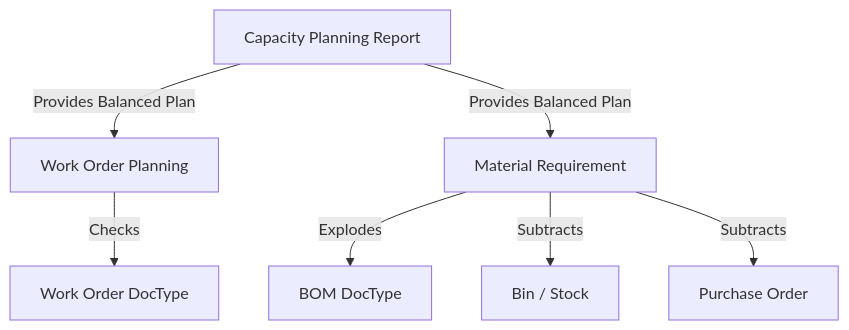
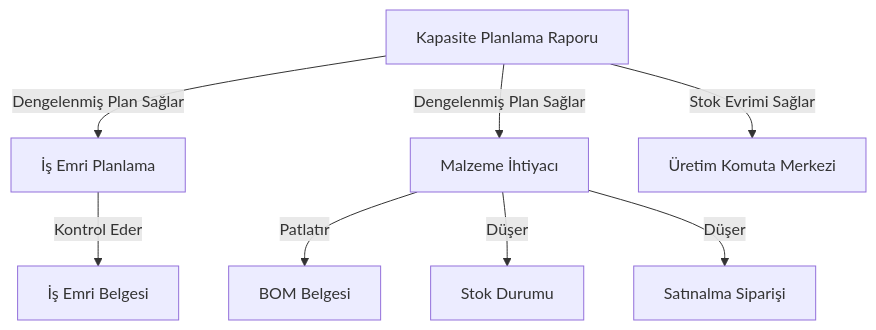
The diagram in erpnextkta/kta_mrp/memory-bank/systemPatterns.md (KTA-Endustri-Sistemleri/erpnextkta), drawn with Mermaid before and after one commit. The commit also changed other lines of this file and 5 other files, not shown here.

````diff
--- a/erpnextkta/kta_mrp/memory-bank/systemPatterns.md
+++ b/erpnextkta/kta_mrp/memory-bank/systemPatterns.md
@@ -18,9 +19,10 @@
 ```mermaid
 graph TD
-    CP[Capacity Planning Report] --> |Provides Balanced Plan| WO[Work Order Planning]
-    CP --> |Provides Balanced Plan| MR[Material Requirement]
-    WO --> |Checks| WOD[Work Order DocType]
-    MR --> |Explodes| BOM[BOM DocType]
-    MR --> |Subtracts| Bin[Bin / Stock]
-    MR --> |Subtracts| PO[Purchase Order]
+    CP[Kapasite Planlama Raporu] --> |Dengelenmiş Plan Sağlar| WO[İş Emri Planlama]
+    CP --> |Dengelenmiş Plan Sağlar| MR[Malzeme İhtiyacı]
+    CP --> |Stok Evrimi Sağlar| PCC[Üretim Komuta Merkezi]
+    WO --> |Kontrol Eder| WOD[İş Emri Belgesi]
+    MR --> |Patlatır| BOM[BOM Belgesi]
+    MR --> |Düşer| Bin[Stok Durumu]
+    MR --> |Düşer| PO[Satınalma Siparişi]
 ```
````
